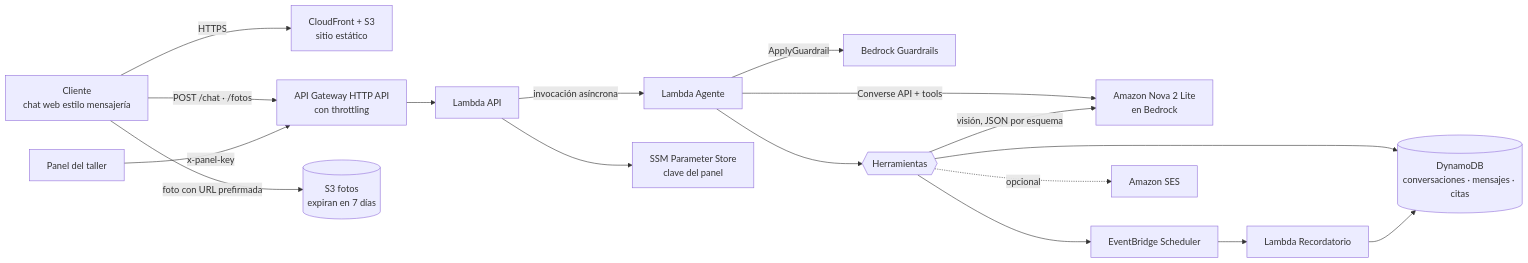
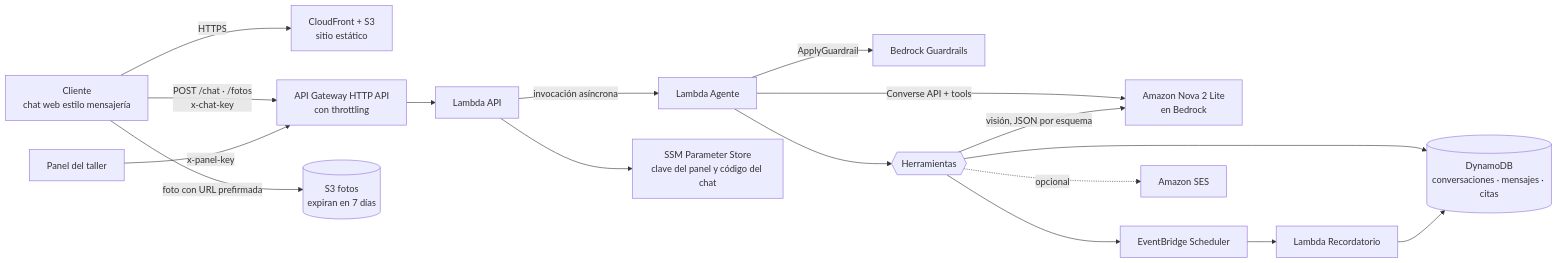
Before and after one commit to SantiagoLunaMir/AWS-Agent-Test: the diagram in README.md, drawn with Mermaid. The commit also changed other lines of this file and 9 other files, not shown here.

First line of the commit message:
Código de acceso para el chat

````diff
--- a/README.md
+++ b/README.md
@@ -17,18 +17,18 @@
 ```mermaid
 flowchart LR
     C[Cliente<br/>chat web estilo mensajería] -->|HTTPS| CF[CloudFront + S3<br/>sitio estático]
-    C -->|POST /chat · /fotos| API[API Gateway HTTP API<br/>con throttling]
+    C -->|POST /chat · /fotos<br/>x-chat-key| API[API Gateway HTTP API<br/>con throttling]
     C -->|foto con URL prefirmada| S3F[(S3 fotos<br/>expiran en 7 días)]
     API --> L1[Lambda API]
     L1 -->|invocación asíncrona| L2[Lambda Agente]
     L2 -->|ApplyGuardrail| G[Bedrock Guardrails]
     L2 -->|Converse API + tools| B[Amazon Nova 2 Lite<br/>en Bedrock]
     L2 --> T{{Herramientas}}
     T -->|visión, JSON por esquema| B
     T --> DDB[(DynamoDB<br/>conversaciones · mensajes · citas)]
     T --> SCH[EventBridge Scheduler]
     T -.->|opcional| SES[Amazon SES]
     SCH --> L3[Lambda Recordatorio] --> DDB
     P[Panel del taller] -->|x-panel-key| API
-    L1 --> SM[SSM Parameter Store<br/>clave del panel]
+    L1 --> SM[SSM Parameter Store<br/>clave del panel y código del chat]
 ```
````
